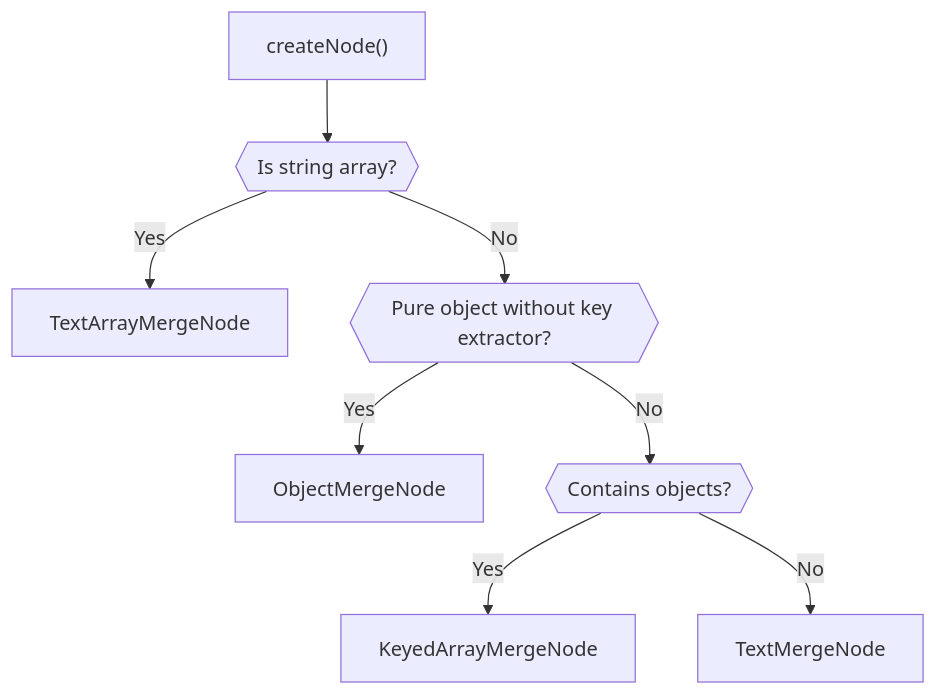
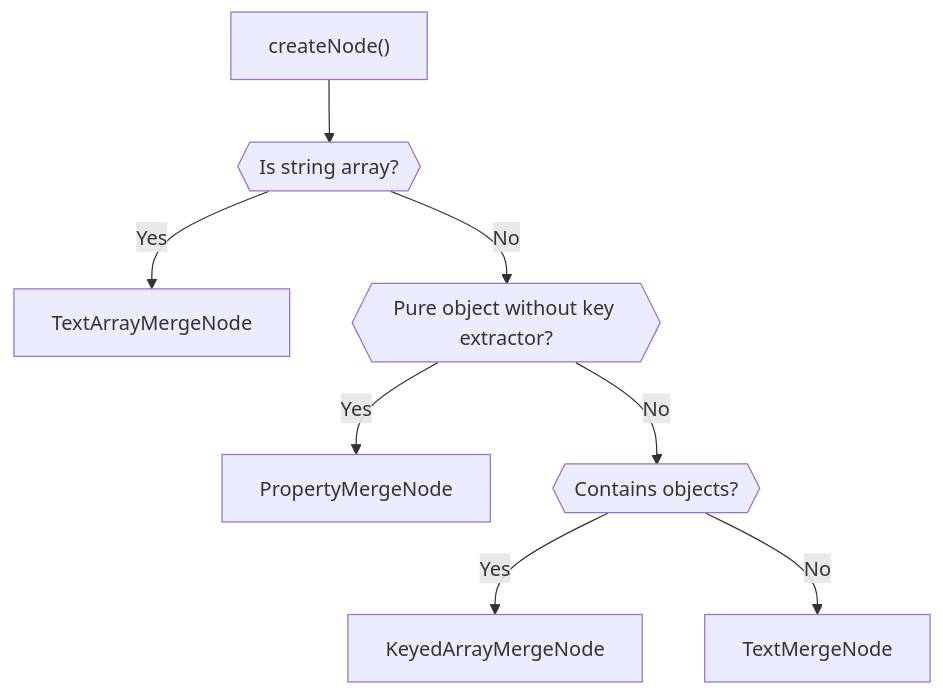
Before and after one commit to scolladon/sf-git-merge-driver: the third of 6 diagrams in DESIGN.md, drawn with Mermaid. The commit also changed other lines of this file and 58 other files, not shown here.

````diff
--- a/DESIGN.md
+++ b/DESIGN.md
@@ -69,10 +69,10 @@
 ```mermaid
 flowchart TD
     Start["createNode()"] --> IsStringArray{{"Is string array?"}}
     IsStringArray -->|Yes| TextArray["TextArrayMergeNode"]
     IsStringArray -->|No| IsPureObject{{"Pure object without key extractor?"}}
-    IsPureObject -->|Yes| Object["ObjectMergeNode"]
+    IsPureObject -->|Yes| Object["PropertyMergeNode"]
     IsPureObject -->|No| IsObject{{"Contains objects?"}}
     IsObject -->|Yes| KeyedArray["KeyedArrayMergeNode"]
     IsObject -->|No| Text["TextMergeNode"]
 ```
````
